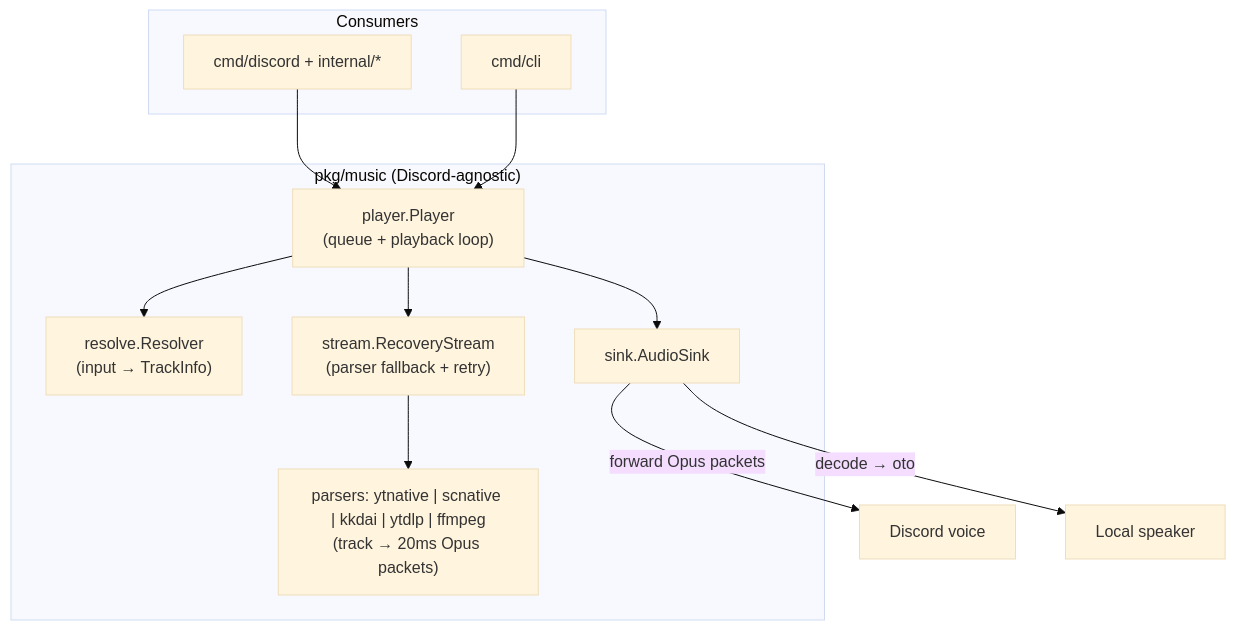
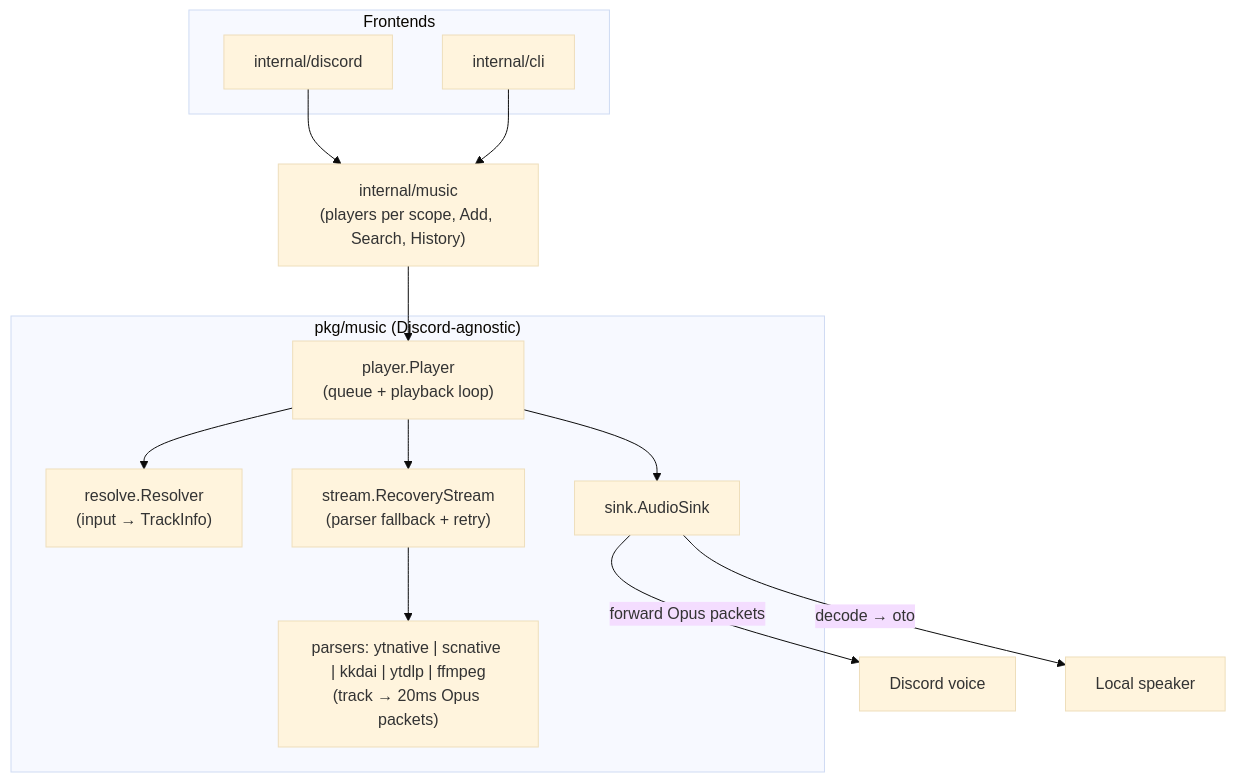
Before and after one commit to keshon/melodix: the first of 2 diagrams in docs/architecture.md, drawn with Mermaid (base theme). The commit also changed other lines of this file and 1 other file, not shown here.

First line of the commit message:
docs: describe the two frontends, retire the restructure plan

````diff
--- a/docs/architecture.md
+++ b/docs/architecture.md
@@ -15,22 +25,24 @@
 ```mermaid
 flowchart TB
-  subgraph Consumers
-    DiscordBot["cmd/discord + internal/*"]
-    CLI["cmd/cli"]
+  subgraph Frontends
+    DiscordBot["internal/discord"]
+    CLI["internal/cli"]
   end
+  Music["internal/music<br/>(players per scope, Add, Search, History)"]
   subgraph Engine["pkg/music (Discord-agnostic)"]
     Resolver["resolve.Resolver<br/>(input → TrackInfo)"]
     Player["player.Player<br/>(queue + playback loop)"]
     Stream["stream.RecoveryStream<br/>(parser fallback + retry)"]
     Parsers["parsers: ytnative | scnative | kkdai | ytdlp | ffmpeg<br/>(track → 20ms Opus packets)"]
     SinkIface["sink.AudioSink"]
   end
-  DiscordBot --> Player
-  CLI --> Player
+  DiscordBot --> Music
+  CLI --> Music
+  Music --> Player
   Player --> Resolver
   Player --> Stream
   Stream --> Parsers
   Player --> SinkIface
   SinkIface -->|forward Opus packets| DiscordVC["Discord voice"]
   SinkIface -->|decode → oto| Speaker["Local speaker"]
 ```
````
